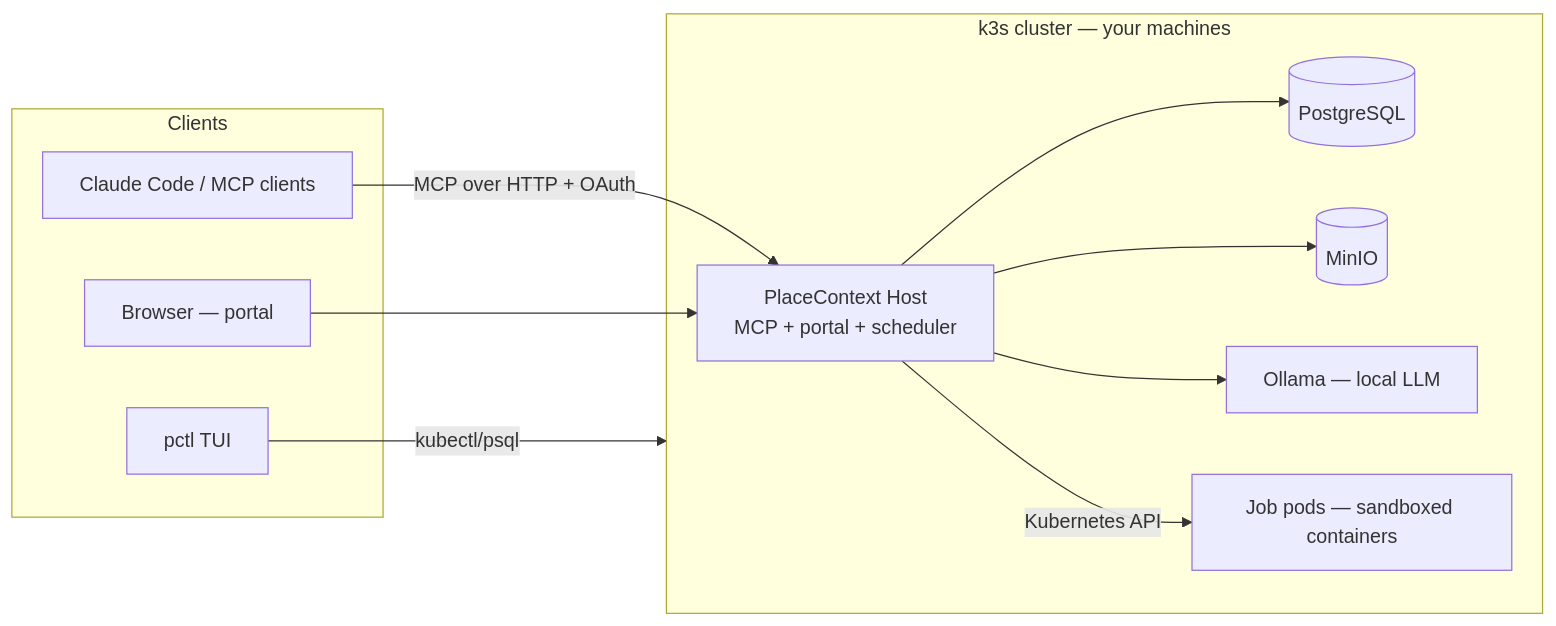
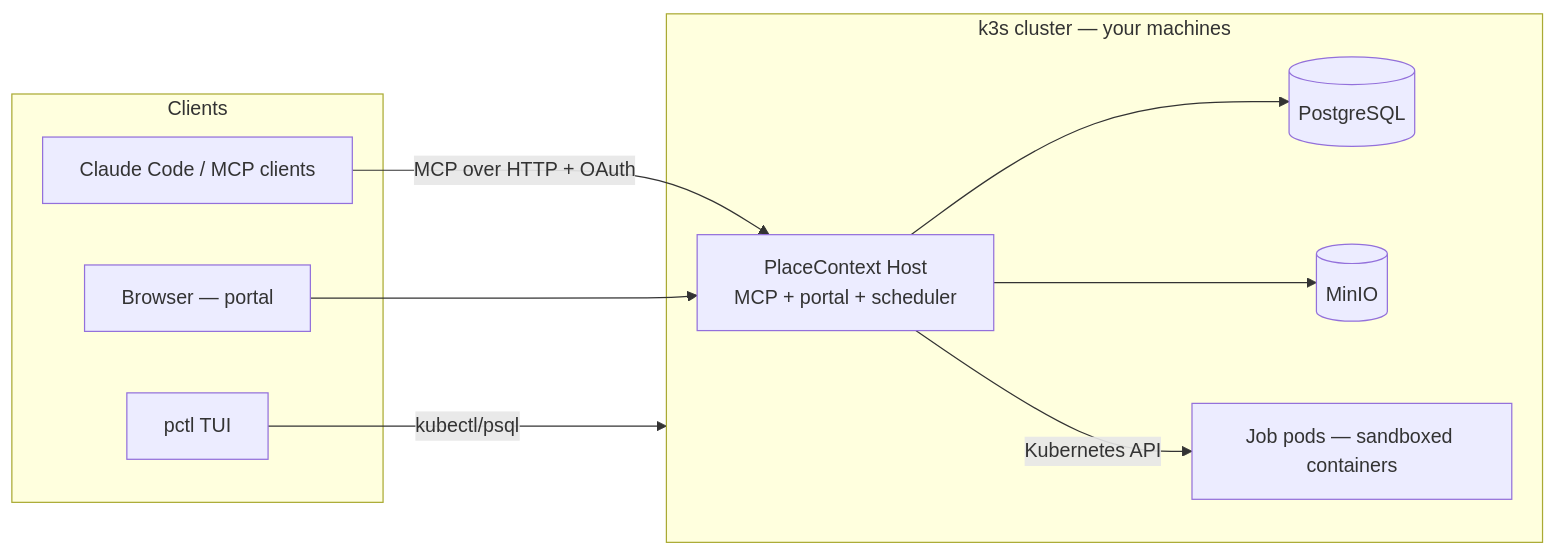
The second of 2 diagrams in README.md (bradlnz/placecontext), drawn with Mermaid before and after one commit. The commit also changed other lines of this file and 119 other files, not shown here.

````diff
--- a/README.md
+++ b/README.md
@@ -101,22 +101,20 @@
 ```mermaid
 flowchart LR
     subgraph clients [Clients]
         CC[Claude Code / MCP clients]
         B[Browser — portal]
         T[pctl TUI]
     end
     subgraph cluster [k3s cluster — your machines]
         H[PlaceContext Host<br/>MCP + portal + scheduler]
         P[(PostgreSQL)]
         O[(MinIO)]
-        L[Ollama — local LLM]
         J[Job pods — sandboxed containers]
     end
     CC -- "MCP over HTTP + OAuth" --> H
     B --> H
     T -- kubectl/psql --> cluster
     H --> P
     H --> O
-    H --> L
     H -- Kubernetes API --> J
 ```
````
